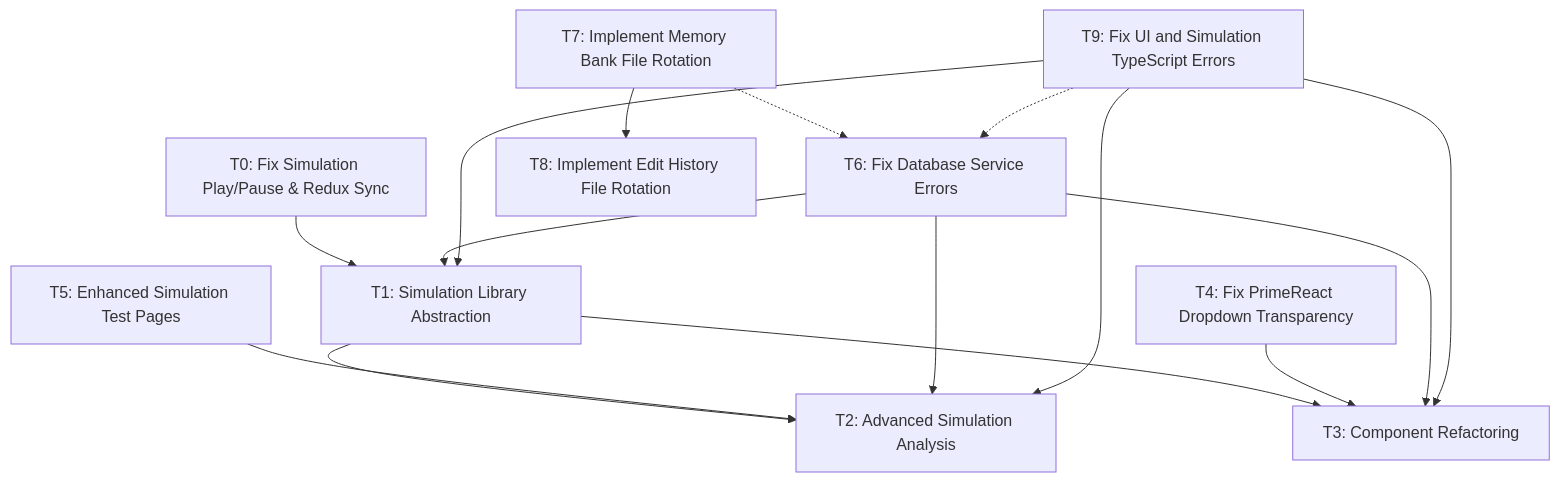
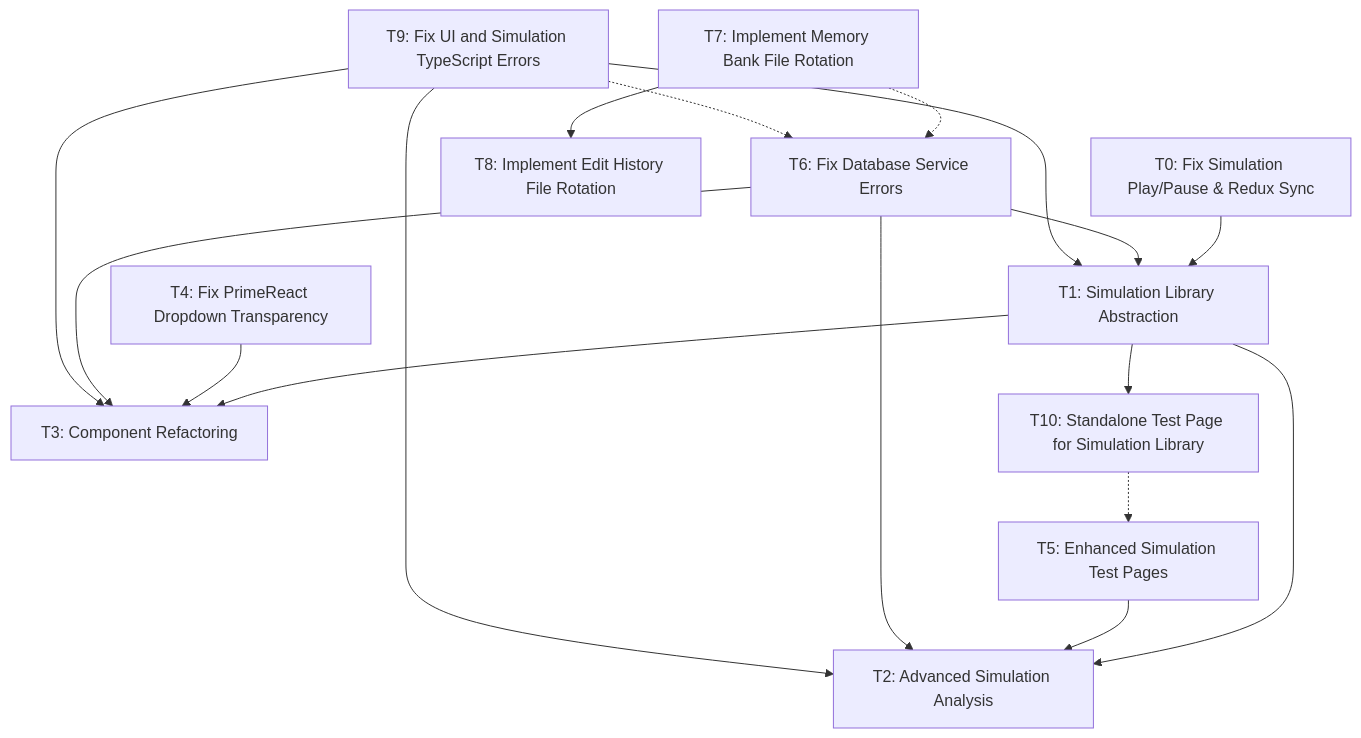
The diagram in memory-bank/tasks.md (space-cadet/spin_network_app), drawn with Mermaid before and after one commit. The commit also changed other lines of this file and 6 other files, not shown here.

First line of the commit message:
Add standalone test page for spin network library

````diff
--- a/memory-bank/tasks.md
+++ b/memory-bank/tasks.md
@@ -257,28 +284,31 @@
 ```mermaid
 graph TD
     T1[T1: Simulation Library Abstraction]
     T2[T2: Advanced Simulation Analysis]
     T3[T3: Component Refactoring]
     T0[T0: Fix Simulation Play/Pause & Redux Sync]
     T4[T4: Fix PrimeReact Dropdown Transparency]
     T5[T5: Enhanced Simulation Test Pages]
     T6[T6: Fix Database Service Errors]
     T7[T7: Implement Memory Bank File Rotation]
     T8[T8: Implement Edit History File Rotation]
     T9[T9: Fix UI and Simulation TypeScript Errors]
+    T10[T10: Standalone Test Page for Simulation Library]
     
     T0 --> T1
     T1 --> T2
     T1 --> T3
+    T1 --> T10
     T4 --> T3
     T5 --> T2
     T6 --> T1
     T6 --> T2
     T6 --> T3
     T7 -.-> T6
     T7 --> T8
     T9 --> T1
     T9 --> T2
     T9 --> T3
     T9 -.-> T6
+    T10 -.-> T5
 ```
````
